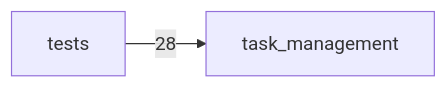
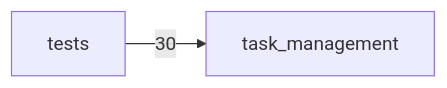
The diagram in docs/codeboarding/module-map.md (KOBIC-KBDS/task-management-clean-public), drawn with Mermaid before and after one commit. The commit also changed other lines of this file and 21 other files, not shown here.

````diff
--- a/docs/codeboarding/module-map.md
+++ b/docs/codeboarding/module-map.md
@@ -9,4 +9,4 @@
 ```mermaid
 flowchart LR
-  src_tests["tests"] -->|28| dst_task_management["task_management"]
+  src_tests["tests"] -->|30| dst_task_management["task_management"]
 ```
````
